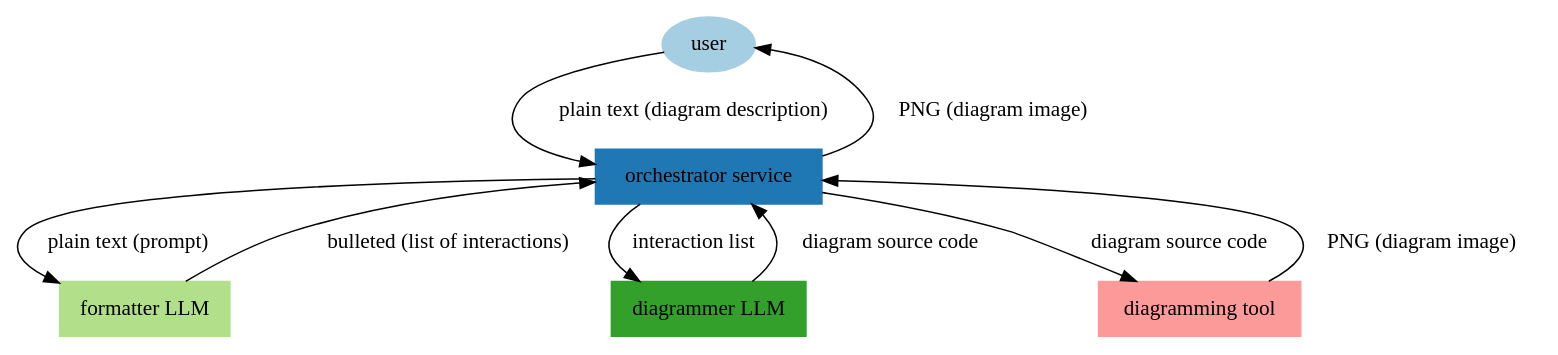
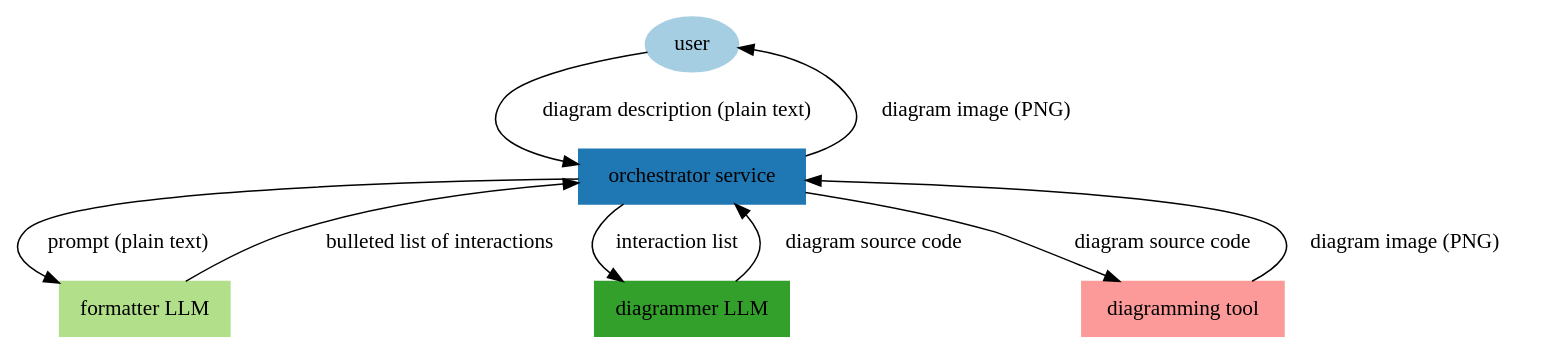
One commit to christianromney/diagrammer changed the diagram in readme.org. Above: the diagram before and after it, drawn with Graphviz. The commit also changed other lines of this file and 6 other files, not shown here.

Commit message:
Fixed output by omitting payload from diagrammer

```diff
--- a/readme.org
+++ b/readme.org
@@ -197,21 +197,21 @@
 #+begin_src dot :file diagram.png :tangle diagram.dot :cmdline -Kdot -Tpng
-digraph DataFlow {
-    graph [bgcolor=white];
+digraph G {
+    graph [bgcolor=white]
     node [fontname="Roboto Mono", colorscheme=paired12, style=filled];
 
-    user [shape=oval, color=1, label="user"];
-    orchestrator_service [shape=box, color=2, label="orchestrator service"];
-    formatter_LLM [shape=box, color=3, label="formatter LLM"];
-    diagrammer_LLM [shape=box, color=4, label="diagrammer LLM"];
-    diagramming_tool [shape=box, color=5, label="diagramming tool"];
+    user [shape=oval, color=1];
+    "orchestrator service" [shape=box, color=2];
+    "formatter LLM" [shape=box, color=3];
+    "diagrammer LLM" [shape=box, color=4];
+    "diagramming tool" [shape=box, color=5];
 
-    user -> orchestrator_service [label="plain text (diagram description)"];
-    orchestrator_service -> formatter_LLM [label="plain text (prompt)"];
-    formatter_LLM -> orchestrator_service [label="bulleted (list of interactions)"];
-    orchestrator_service -> diagrammer_LLM [label="interaction list"];
-    diagrammer_LLM -> orchestrator_service [label="diagram source code"];
-    orchestrator_service -> diagramming_tool [label="diagram source code"];
-    diagramming_tool -> orchestrator_service [label="PNG (diagram image)"];
-    orchestrator_service -> user [label="PNG (diagram image)"];
+    user -> "orchestrator service" [label="diagram description (plain text)"];
+    "orchestrator service" -> "formatter LLM" [label="prompt (plain text)"];
+    "formatter LLM" -> "orchestrator service" [label="bulleted list of interactions"];
+    "orchestrator service" -> "diagrammer LLM" [label="interaction list"];
+    "diagrammer LLM" -> "orchestrator service" [label="diagram source code"];
+    "orchestrator service" -> "diagramming tool" [label="diagram source code"];
+    "diagramming tool" -> "orchestrator service" [label="diagram image (PNG)"];
+    "orchestrator service" -> user [label="diagram image (PNG)"];
 }
 #+end_src
```
